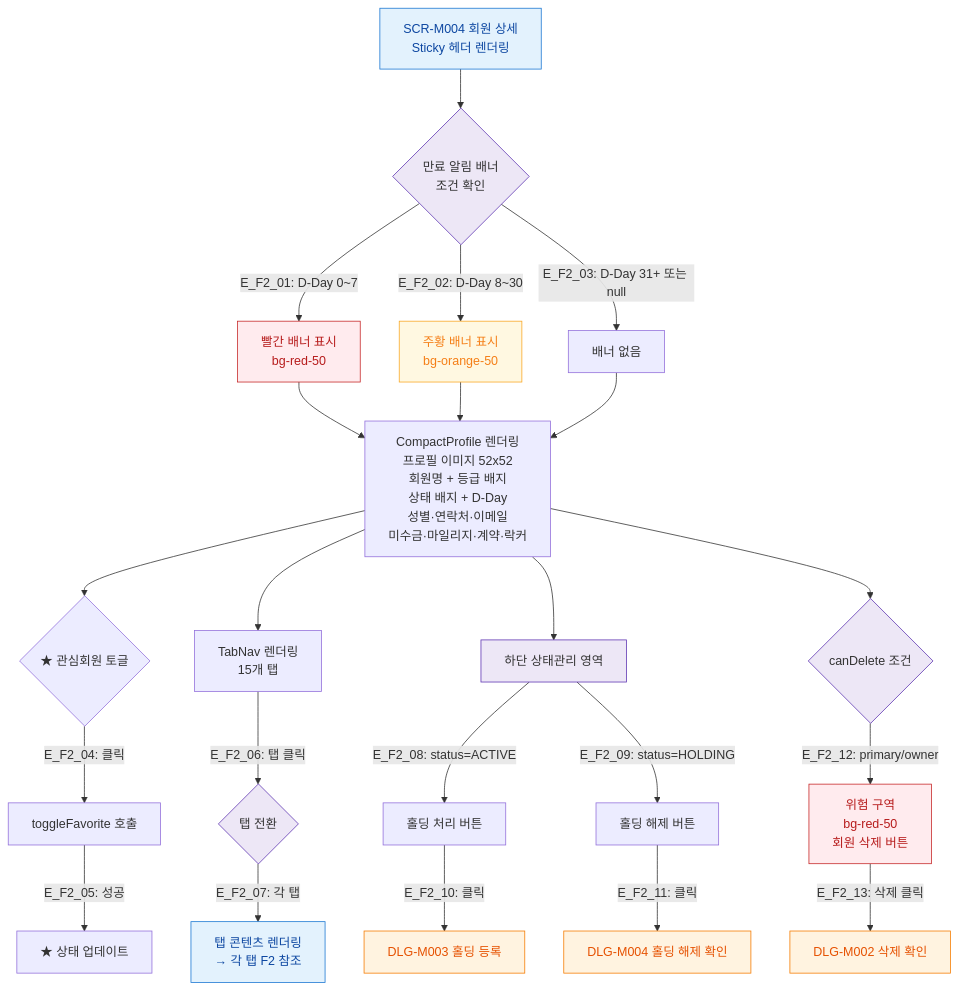
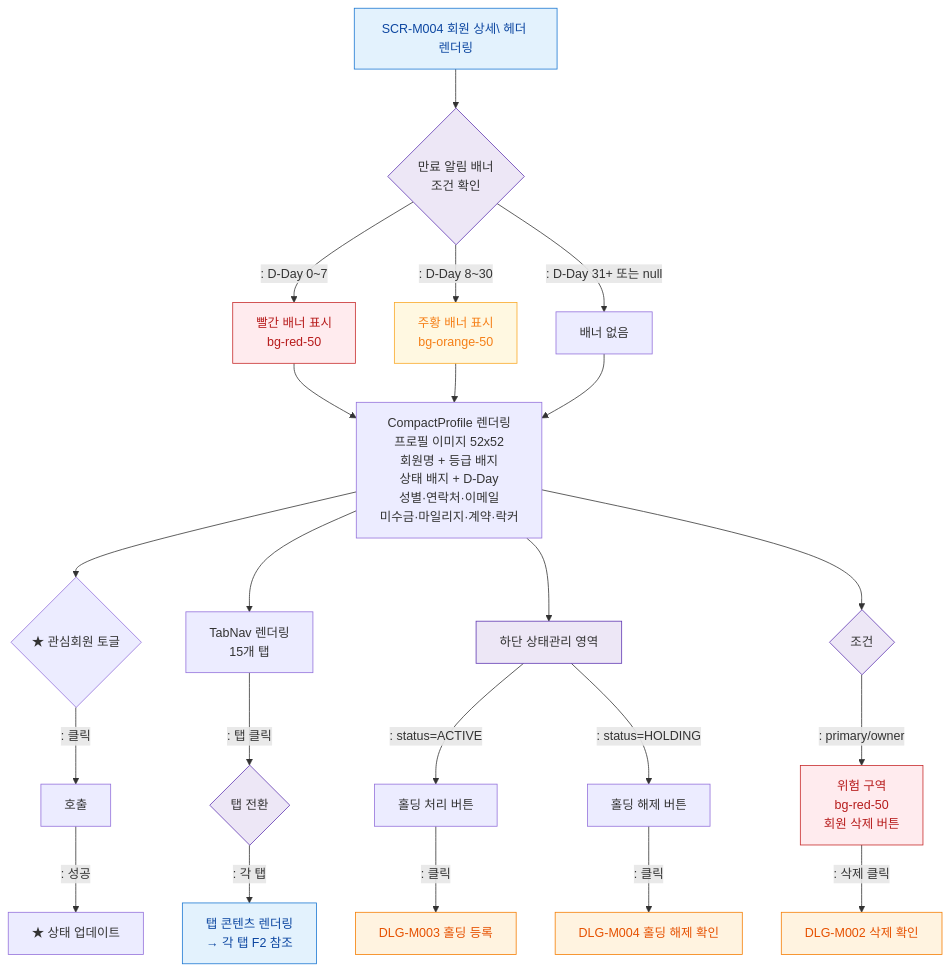
Before and after one commit to dev-spogym/admin-pando: the diagram in docs/다이어그램/D02_회원관리/SCR-M004_회원상세/F2_메인.md, drawn with Mermaid. The commit also changed other lines of this file and 1660 other files, not shown here.

First line of the commit message:
다이어그램: 기획자/클라이언트 납품본으로 정리

````diff
--- a/docs/다이어그램/D02_회원관리/SCR-M004_회원상세/F2_메인.md
+++ b/docs/다이어그램/D02_회원관리/SCR-M004_회원상세/F2_메인.md
@@ -23,42 +21,42 @@
 ```mermaid
 flowchart TD
-  M004[SCR-M004 회원 상세\nSticky 헤더 렌더링] --> BANNER{만료 알림 배너\n조건 확인}
-  BANNER -->|"E_F2_01: D-Day 0~7"| BAN_RED[빨간 배너 표시\nbg-red-50]
-  BANNER -->|"E_F2_02: D-Day 8~30"| BAN_ORG[주황 배너 표시\nbg-orange-50]
-  BANNER -->|"E_F2_03: D-Day 31+ 또는 null"| BAN_NONE[배너 없음]
+  M004[SCR-M004 회원 상세\ 헤더 렌더링] --> BANNER{만료 알림 배너\n조건 확인}
+  BANNER -->|": D-Day 0~7"|BAN_RED[빨간 배너 표시\nbg-red-50]
+  BANNER -->|": D-Day 8~30"|BAN_ORG[주황 배너 표시\nbg-orange-50]
+  BANNER -->|": D-Day 31+ 또는 null"|BAN_NONE[배너 없음]
 
   BAN_RED --> PROFILE
   BAN_ORG --> PROFILE
   BAN_NONE --> PROFILE
 
   PROFILE[CompactProfile 렌더링\n프로필 이미지 52x52\n회원명 + 등급 배지\n상태 배지 + D-Day\n성별·연락처·이메일\n미수금·마일리지·계약·락커]
 
   PROFILE --> FAV{★ 관심회원 토글}
-  FAV -->|"E_F2_04: 클릭"| TOGGLE_FAV[toggleFavorite 호출]
-  TOGGLE_FAV -->|"E_F2_05: 성공"| FAV_UPD[★ 상태 업데이트]
+  FAV -->|": 클릭"|TOGGLE_FAV[호출]
+  TOGGLE_FAV -->|": 성공"|FAV_UPD[★ 상태 업데이트]
 
   PROFILE --> TAB_NAV[TabNav 렌더링\n15개 탭]
-  TAB_NAV -->|"E_F2_06: 탭 클릭"| TAB_SWITCH{탭 전환}
-  TAB_SWITCH -->|"E_F2_07: 각 탭"| TAB_CONTENT[탭 콘텐츠 렌더링\n→ 각 탭 F2 참조]
+  TAB_NAV -->|": 탭 클릭"|TAB_SWITCH{탭 전환}
+  TAB_SWITCH -->|": 각 탭"|TAB_CONTENT[탭 콘텐츠 렌더링\n→ 각 탭 F2 참조]
 
   PROFILE --> STATUS_AREA[하단 상태관리 영역]
-  STATUS_AREA -->|"E_F2_08: status=ACTIVE"| BTN_HOLD[홀딩 처리 버튼]
-  STATUS_AREA -->|"E_F2_09: status=HOLDING"| BTN_UNHOLD[홀딩 해제 버튼]
-  BTN_HOLD -->|"E_F2_10: 클릭"| DLG_M003[DLG-M003 홀딩 등록]
-  BTN_UNHOLD -->|"E_F2_11: 클릭"| DLG_M004[DLG-M004 홀딩 해제 확인]
+  STATUS_AREA -->|": status=ACTIVE"|BTN_HOLD[홀딩 처리 버튼]
+  STATUS_AREA -->|": status=HOLDING"|BTN_UNHOLD[홀딩 해제 버튼]
+  BTN_HOLD -->|": 클릭"|DLG_M003[DLG-M003 홀딩 등록]
+  BTN_UNHOLD -->|": 클릭"|DLG_M004[DLG-M004 홀딩 해제 확인]
 
-  PROFILE --> DANGER{canDelete 조건}
-  DANGER -->|"E_F2_12: primary/owner"| DANGER_ZONE[위험 구역\nbg-red-50\n회원 삭제 버튼]
-  DANGER_ZONE -->|"E_F2_13: 삭제 클릭"| DLG_M002[DLG-M002 삭제 확인]
+  PROFILE --> DANGER{조건}
+  DANGER -->|": primary/owner"|DANGER_ZONE[위험 구역\nbg-red-50\n회원 삭제 버튼]
+  DANGER_ZONE -->|": 삭제 클릭"|DLG_M002[DLG-M002 삭제 확인]
 
   classDef screen fill:#E3F2FD,stroke:#1976D2,color:#0D47A1
   classDef modal fill:#FFF3E0,stroke:#F57C00,color:#E65100
   classDef system fill:#EDE7F6,stroke:#5E35B2
   classDef warning fill:#FFF8E1,stroke:#F9A825,color:#F57F17
   classDef error fill:#FFEBEE,stroke:#C62828,color:#B71C1C
   class M004,TAB_CONTENT screen
   class DLG_M003,DLG_M004,DLG_M002 modal
   class BANNER,TAB_SWITCH,STATUS_AREA,DANGER system
   class BAN_ORG warning
   class BAN_RED,DANGER_ZONE error
 ```
````
